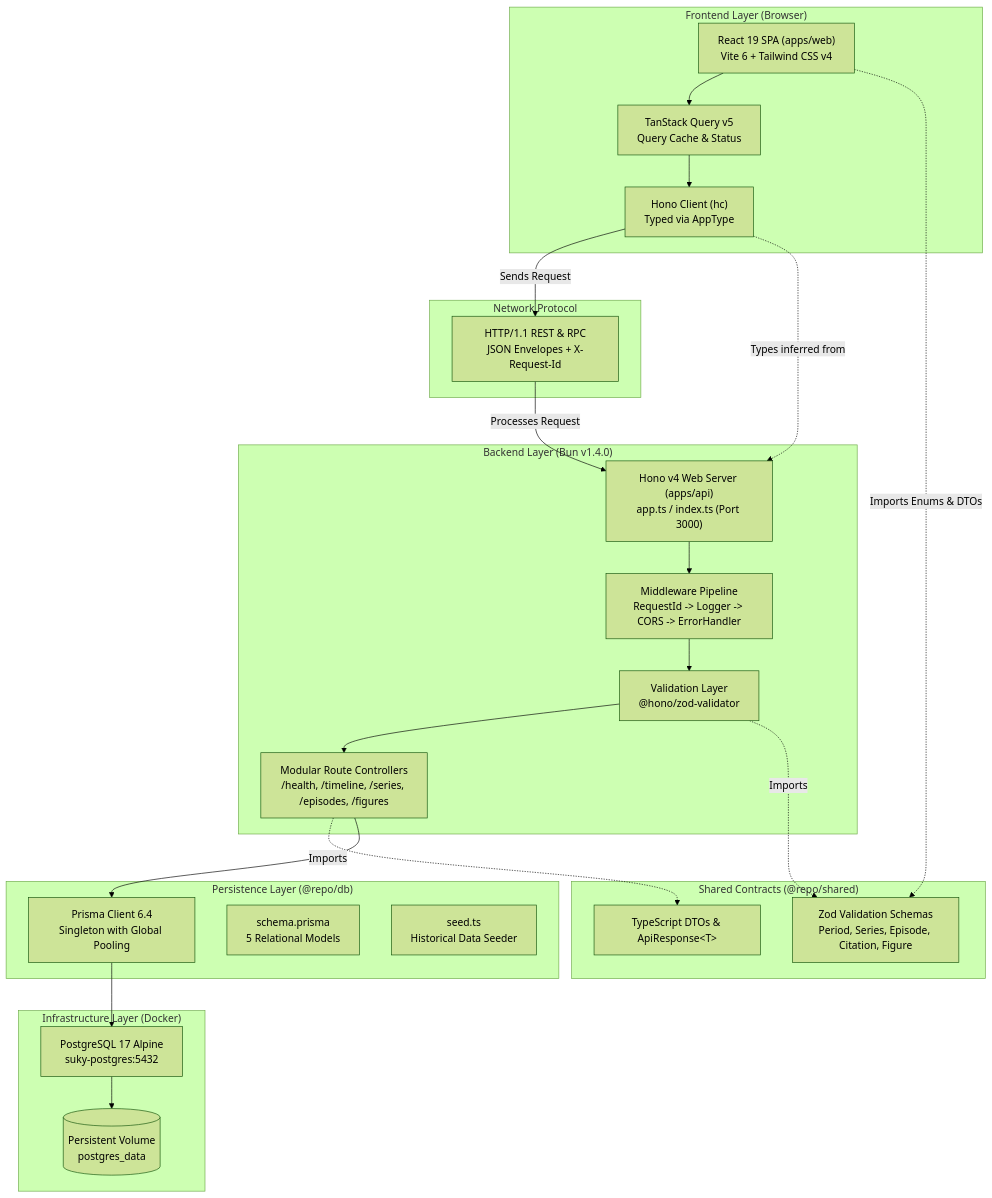
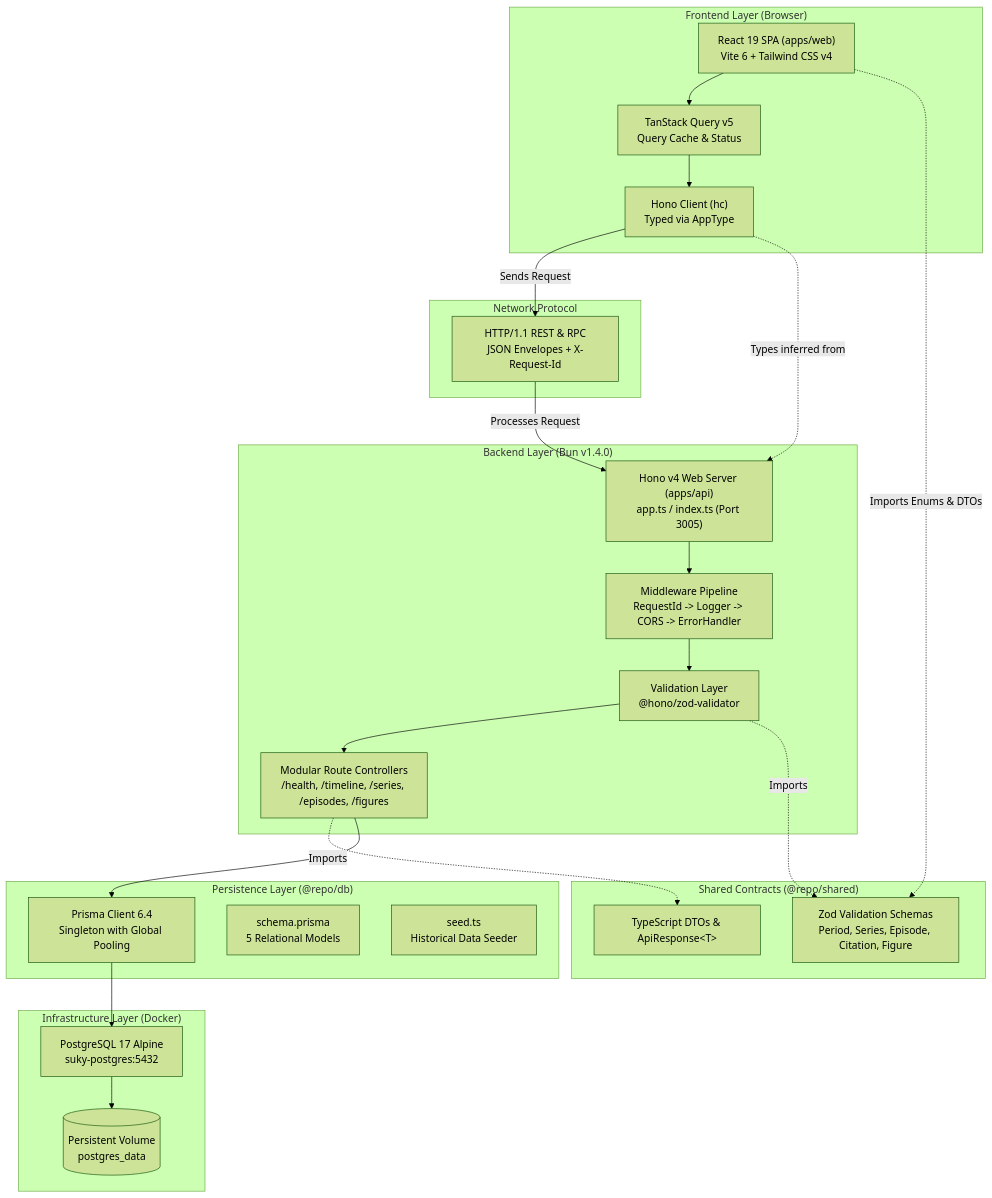
The first of 2 diagrams in docs/system-architecture.md (SU-KY-001/su-ky-project), drawn with Mermaid (forest theme) before and after one commit. The commit also changed other lines of this file and 10 other files, not shown here.

Commit message:
refactor(api): move default api port from 3000 to 3005

````diff
--- a/docs/system-architecture.md
+++ b/docs/system-architecture.md
@@ -28,55 +28,55 @@
 ```mermaid
 graph TD
     subgraph Client ["Frontend Layer (Browser)"]
         UI["React 19 SPA (apps/web)<br/>Vite 6 + Tailwind CSS v4"]
         TQ["TanStack Query v5<br/>Query Cache & Status"]
         RPC_CLIENT["Hono Client (hc)<br/>Typed via AppType"]
     end
 
     subgraph Transport ["Network Protocol"]
         HTTP["HTTP/1.1 REST & RPC<br/>JSON Envelopes + X-Request-Id"]
     end
 
     subgraph Server ["Backend Layer (Bun v1.4.0)"]
-        HONO["Hono v4 Web Server (apps/api)<br/>app.ts / index.ts (Port 3000)"]
+        HONO["Hono v4 Web Server (apps/api)<br/>app.ts / index.ts (Port 3005)"]
         MW["Middleware Pipeline<br/>RequestId -> Logger -> CORS -> ErrorHandler"]
         VAL["Validation Layer<br/>@hono/zod-validator"]
         ROUTES["Modular Route Controllers<br/>/health, /timeline, /series, /episodes, /figures"]
     end
 
     subgraph Shared ["Shared Contracts (@repo/shared)"]
         SCHEMAS["Zod Validation Schemas<br/>Period, Series, Episode, Citation, Figure"]
         DTOS["TypeScript DTOs & ApiResponse&lt;T&gt;"]
     end
 
     subgraph Data ["Persistence Layer (@repo/db)"]
         PRISMA["Prisma Client 6.4<br/>Singleton with Global Pooling"]
         SCHEMA_PRISMA["schema.prisma<br/>5 Relational Models"]
         SEED["seed.ts<br/>Historical Data Seeder"]
     end
 
     subgraph Infra ["Infrastructure Layer (Docker)"]
         PG["PostgreSQL 17 Alpine<br/>suky-postgres:5432"]
         VOL[("Persistent Volume<br/>postgres_data")]
     end
 
     %% Relationships
     UI --> TQ
     TQ --> RPC_CLIENT
     RPC_CLIENT -- "Sends Request" --> HTTP
     HTTP -- "Processes Request" --> HONO
 
     HONO --> MW
     MW --> VAL
     VAL --> ROUTES
 
     VAL -. "Imports" .-> SCHEMAS
     ROUTES -. "Imports" .-> DTOS
     ROUTES --> PRISMA
 
     PRISMA --> PG
     PG --> VOL
 
     RPC_CLIENT -. "Types inferred from" .-> HONO
     UI -. "Imports Enums & DTOs" .-> SCHEMAS
 ```
````
